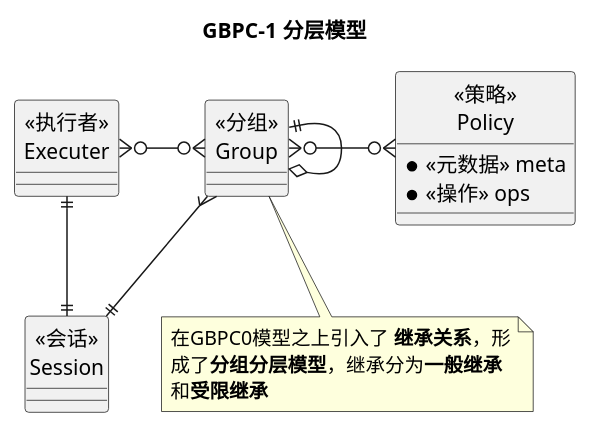
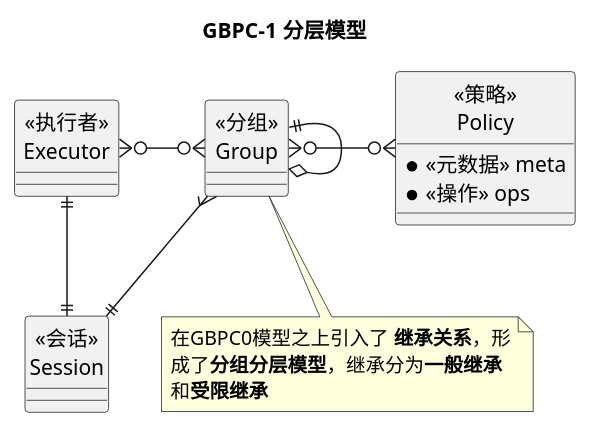
One commit to hollson/pm changed the diagram in GBPC/gbpc02.puml. Above: the diagram before and after it, drawn with PlantUML. The commit also changed 20 other files, not shown here.

```diff
--- a/GBPC/gbpc02.puml
+++ b/GBPC/gbpc02.puml
@@ -1,29 +1,29 @@
 @startuml GBPC1
 title GBPC-1 分层模型
 hide circle
 'skinparam linetype ortho
-entity " <<执行者>> \nExecuter" as executer {
+entity " <<执行者>> \nExecutor" as executor {
 }
 
 entity " <<分组>> \nGroup" as group {
 }
 
 entity " <<策略>> \nPolicy" as policy {
   *<<元数据>> meta
   *<<操作>> ops
 }
 
 entity " <<会话>> \nSession" as session {
 }
 
-executer }o-right-o{group:"      "
+executor }o-right-o{group:"      "
 group }o-right-o{policy:"     "
-executer ||--|| session
+executor ||--|| session
 group }--|| session
 group ||--o group
 note bottom of group
 在GBPC0模型之上引入了 **继承关系**，形
 成了**分组分层模型**，继承分为**一般继承**
 和**受限继承**
 end note
 @enduml
```
